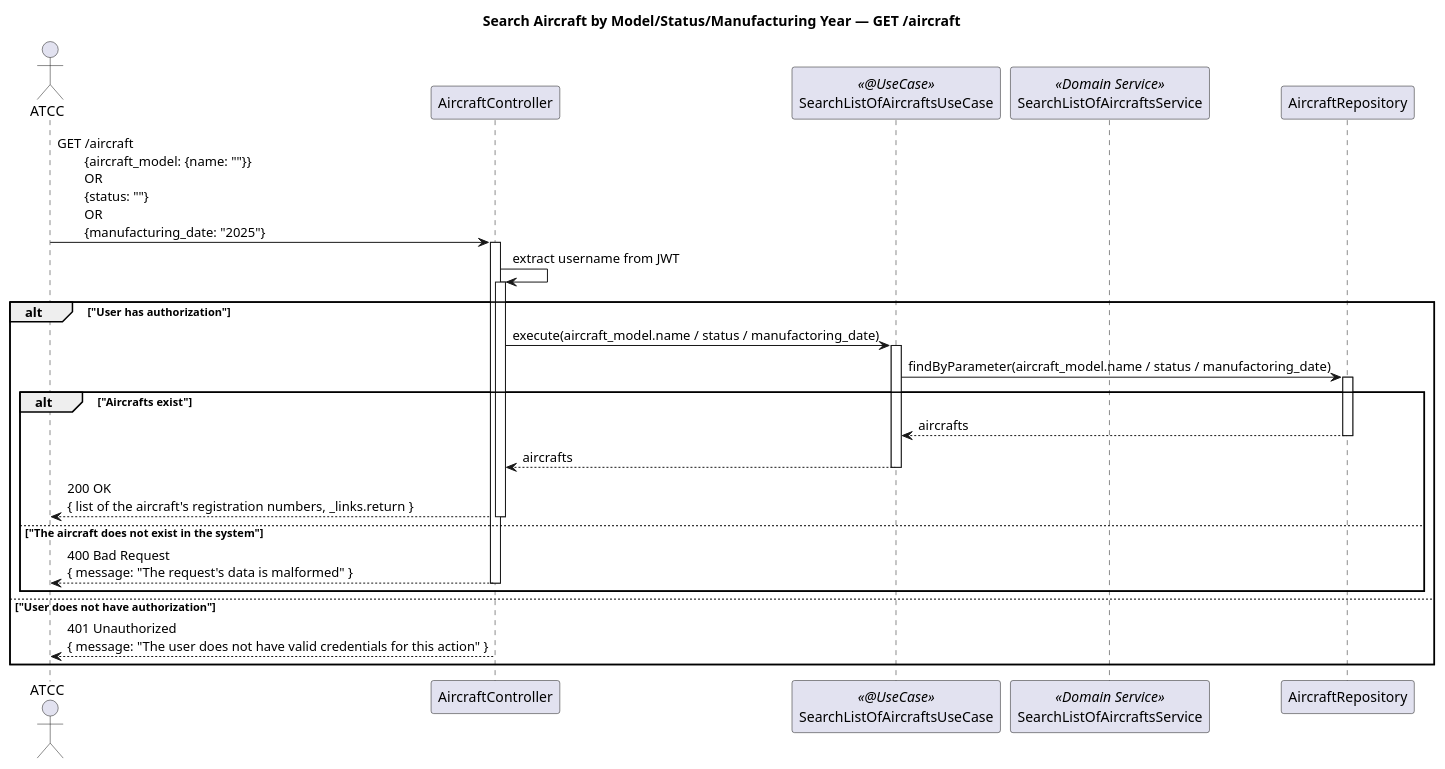
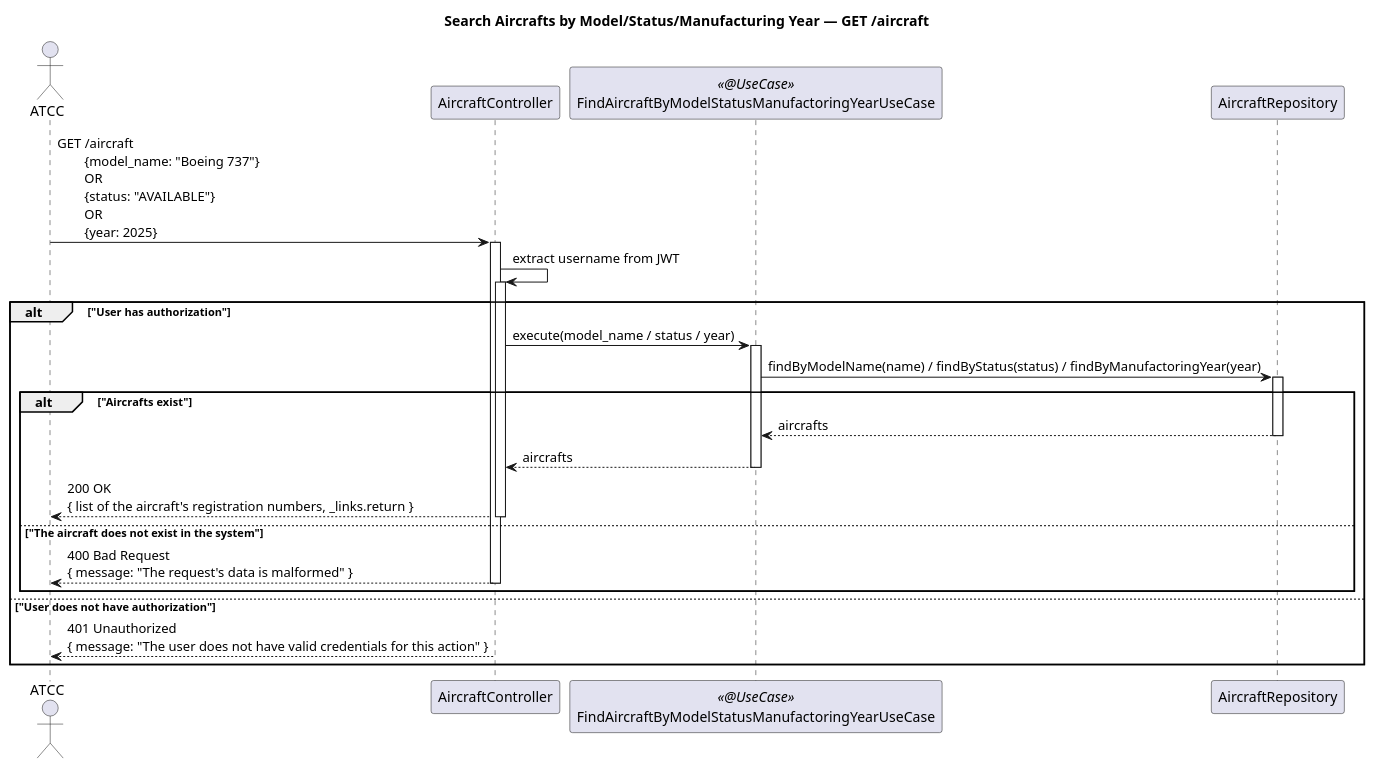
One commit to miguelsiilva1/PSOFT_1241008_1241131_1200858_1210977 changed the diagram in docs/system-documentation/WP#1A/US104/US104_SD/US104_SD.puml. Above: the diagram before and after it, drawn with PlantUML. The commit also changed 52 other files, not shown here.

```diff
--- a/docs/system-documentation/WP#1A/US104/US104_SD/US104_SD.puml
+++ b/docs/system-documentation/WP#1A/US104/US104_SD/US104_SD.puml
@@ -1,30 +1,28 @@
 @startuml
-title Search Aircraft by Model/Status/Manufacturing Year — GET /aircraft
+title Search Aircrafts by Model/Status/Manufacturing Year — GET /aircraft
 
 autoactivate on
 
 actor ATCC
 participant AircraftController
-participant SearchListOfAircraftsUseCase <<@UseCase>>
-participant SearchListOfAircraftsService <<Domain Service>>
+participant FindAircraftByModelStatusManufactoringYearUseCase <<@UseCase>>
 participant AircraftRepository
 
-ATCC -> AircraftController : GET /aircraft\n\t{aircraft_model: {name: ""}}\n\tOR\n\t{status: ""}\n\tOR\n\t{manufacturing_date: "2025"}
+ATCC -> AircraftController : GET /aircraft\n\t{model_name: "Boeing 737"}\n\tOR\n\t{status: "AVAILABLE"}\n\tOR\n\t{year: 2025}
 
 AircraftController -> AircraftController : extract username from JWT
 alt "User has authorization"
-    AircraftController -> SearchListOfAircraftsUseCase : execute(aircraft_model.name / status / manufactoring_date)
-        SearchListOfAircraftsUseCase -> AircraftRepository : findByParameter(aircraft_model.name / status / manufactoring_date)
+    AircraftController -> FindAircraftByModelStatusManufactoringYearUseCase : execute(model_name / status / year)
+        FindAircraftByModelStatusManufactoringYearUseCase -> AircraftRepository : findByModelName(name) / findByStatus(status) / findByManufactoringYear(year)
         alt "Aircrafts exist"
-        AircraftRepository --> SearchListOfAircraftsUseCase : aircrafts
-    SearchListOfAircraftsUseCase --> AircraftController : aircrafts
+        AircraftRepository --> FindAircraftByModelStatusManufactoringYearUseCase : aircrafts
+    FindAircraftByModelStatusManufactoringYearUseCase --> AircraftController : aircrafts
 AircraftController --> ATCC : 200 OK\n{ list of the aircraft's registration numbers, _links.return }
         else "The aircraft does not exist in the system"
 AircraftController --> ATCC : 400 Bad Request\n{ message: "The request's data is malformed" }
         end
-
 else "User does not have authorization"
 AircraftController --> ATCC : 401 Unauthorized\n{ message: "The user does not have valid credentials for this action" }
 end
 
 @enduml
```
